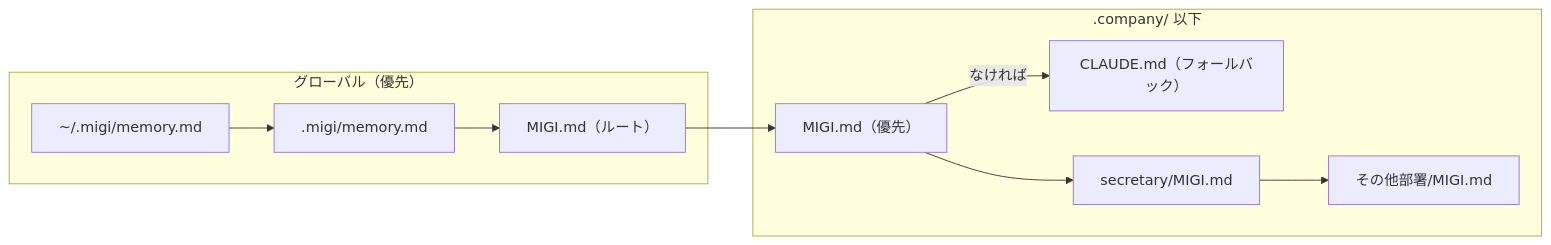
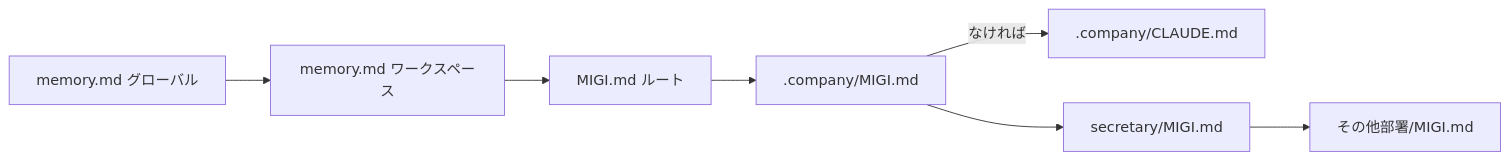
The fourth of 5 diagrams in README.md (kazuhiro-yourself/migi), drawn with Mermaid before and after one commit. The commit also changed other lines of this file, not shown here.

Commit message:
fix: replace flowchart with graph syntax for GitHub compatibility

````diff
--- a/README.md
+++ b/README.md
@@ -128,19 +129,9 @@
 ```mermaid
-flowchart LR
-  subgraph global ["グローバル（優先）"]
-    A["~/.migi/memory.md"]
-    B[".migi/memory.md"]
-    C["MIGI.md（ルート）"]
-  end
-
-  subgraph company [".company/ 以下"]
-    D["MIGI.md（優先）"]
-    E["CLAUDE.md（フォールバック）"]
-    F["secretary/MIGI.md"]
-    G["その他部署/MIGI.md"]
-  end
-
-  A --> B --> C --> D
-  D -->|なければ| E
-  D --> F --> G
+graph LR
+  A[memory.md グローバル] --> B[memory.md ワークスペース]
+  B --> C[MIGI.md ルート]
+  C --> D[.company/MIGI.md]
+  D -->|なければ| E[.company/CLAUDE.md]
+  D --> F[secretary/MIGI.md]
+  F --> G[その他部署/MIGI.md]
 ```
````
